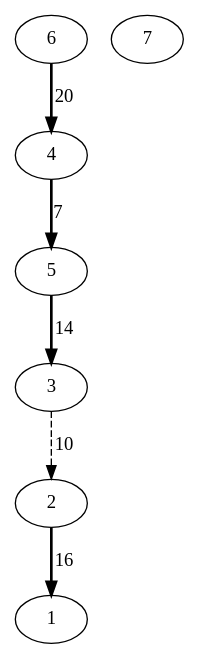
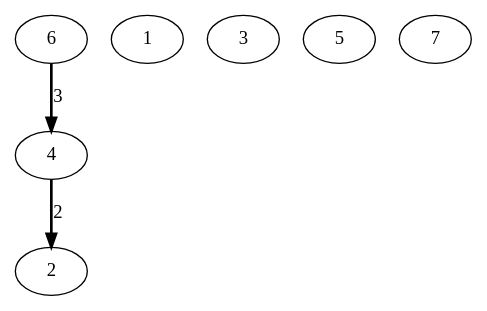
Before and after one commit to Musab1Blaser/DynamicTrees_NF: the diagram in combined_graph.dot, drawn with Graphviz. The commit also changed 3 other files, not shown here.

Commit message:
flow update

```diff
--- a/combined_graph.dot
+++ b/combined_graph.dot
@@ -1,14 +1,11 @@
 digraph G {
-2 -> 1 [style=bold, label=16];
-6 -> 4 [style=bold, label=20];
-4 -> 5 [style=bold, label=7];
-5 -> 3 [style=bold, label=14];
-3 -> 2 [style=dashed, label=10];
+6 -> 4 [style=bold, label=3];
+4 -> 2 [style=bold, label=2];
 1; 
 2; 
 3; 
 4; 
 5; 
 6; 
 7; 
 }
```
